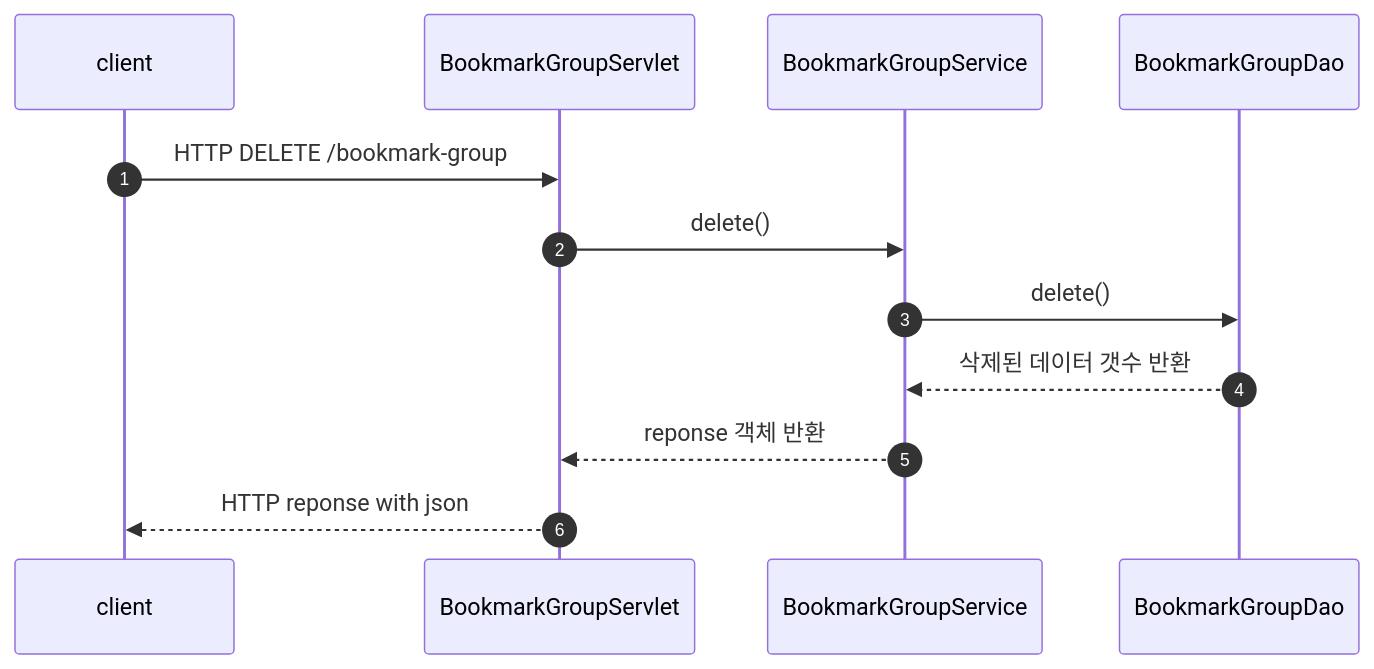
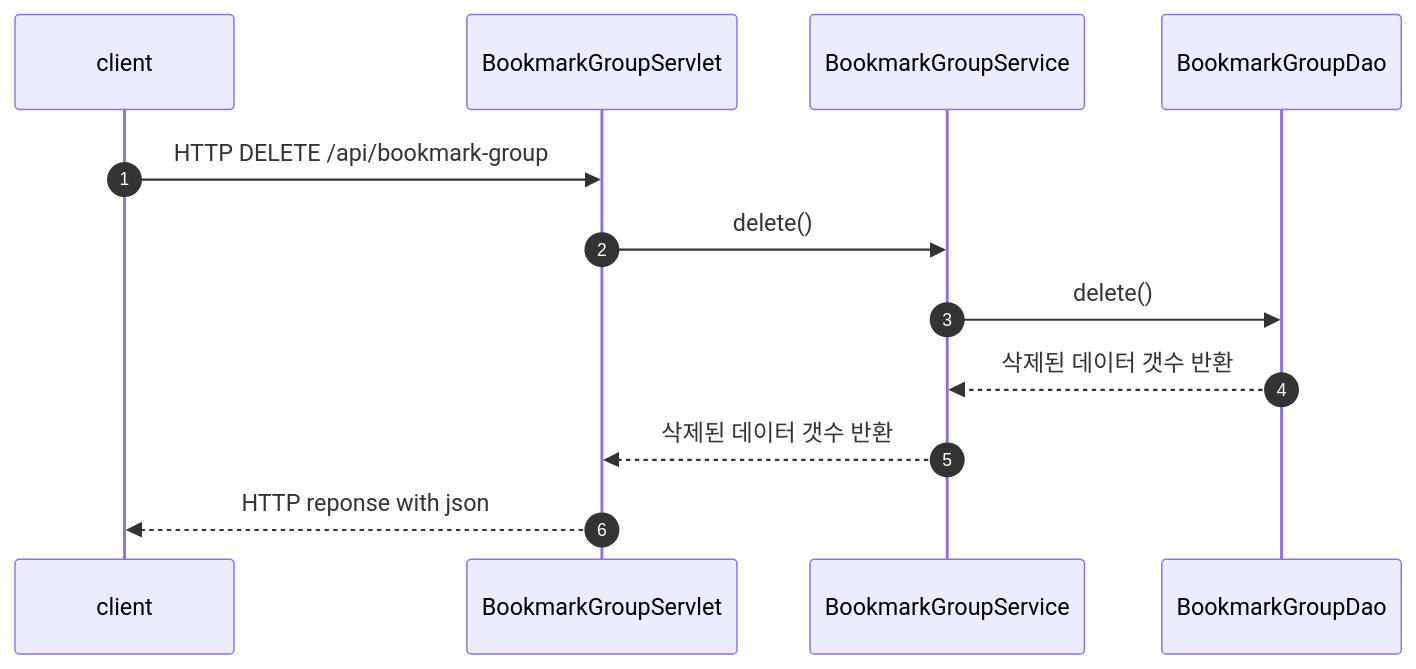
One commit to kimJH47/wifiServer changed the tenth of 13 diagrams in readme.md. Above: the diagram before and after it, drawn with Mermaid. The commit also changed other lines of this file, not shown here.

Commit message:
fix: flow chart, api 명세 수정

````diff
--- a/readme.md
+++ b/readme.md
@@ -188,16 +190,16 @@
 ```mermaid
     sequenceDiagram
     autonumber
     participant client
     participant BookmarkGroupServlet
     participant BookmarkGroupService
     participant BookmarkGroupDao
 
-    client->> BookmarkGroupServlet: HTTP DELETE /bookmark-group
+    client->> BookmarkGroupServlet: HTTP DELETE /api/bookmark-group
     BookmarkGroupServlet->> BookmarkGroupService: delete()
     BookmarkGroupService->> BookmarkGroupDao: delete()
     BookmarkGroupDao-->>BookmarkGroupService: 삭제된 데이터 갯수 반환
-    BookmarkGroupService-->>BookmarkGroupServlet: reponse 객체 반환
+    BookmarkGroupService-->>BookmarkGroupServlet: 삭제된 데이터 갯수 반환
     BookmarkGroupServlet-->> client : HTTP reponse with json
     
 ```
````
